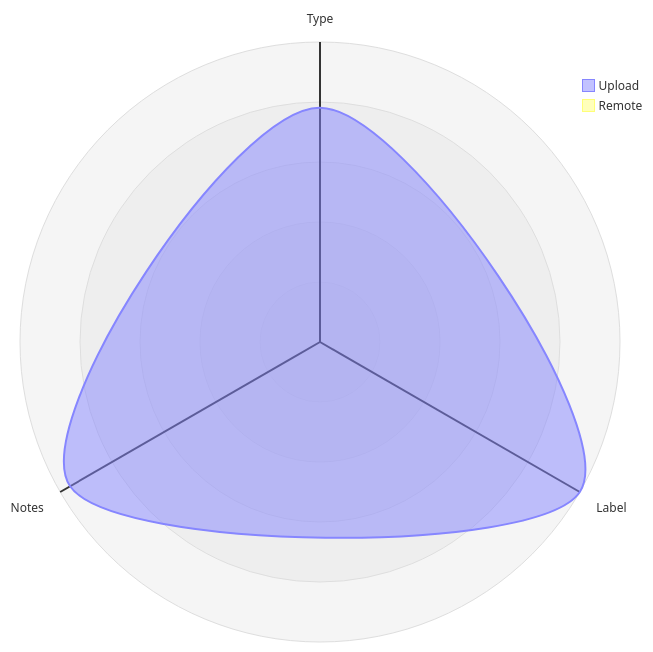
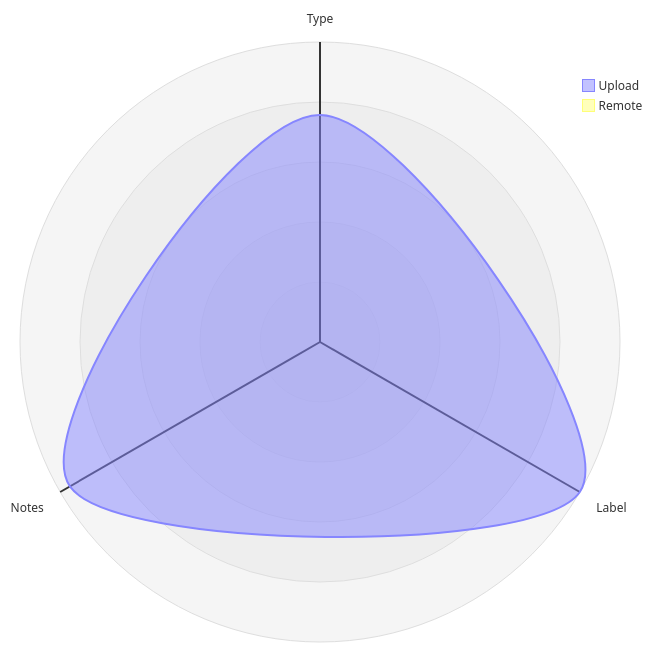
Before and after one commit to open-data/analytics-corporate-reporting: the third of 5 diagrams in datastore_tracker/README.md, drawn with Mermaid. The commit also changed other lines of this file and 6 other files, not shown here.

````diff
--- a/datastore_tracker/README.md
+++ b/datastore_tracker/README.md
@@ -104,12 +104,12 @@
 ```mermaid
 radar-beta
   axis T["Type"], L["Label"], N["Notes"]
-  curve u["Upload"]{0.00082, 0.00105, 0.00101}
+  curve u["Upload"]{0.00081, 0.00107, 0.00103}
   curve r["Remote"]{0, 0, 0}
 
   showLegend true
 
   min 0
   graticule circle
   ticks 5
 ```
````
